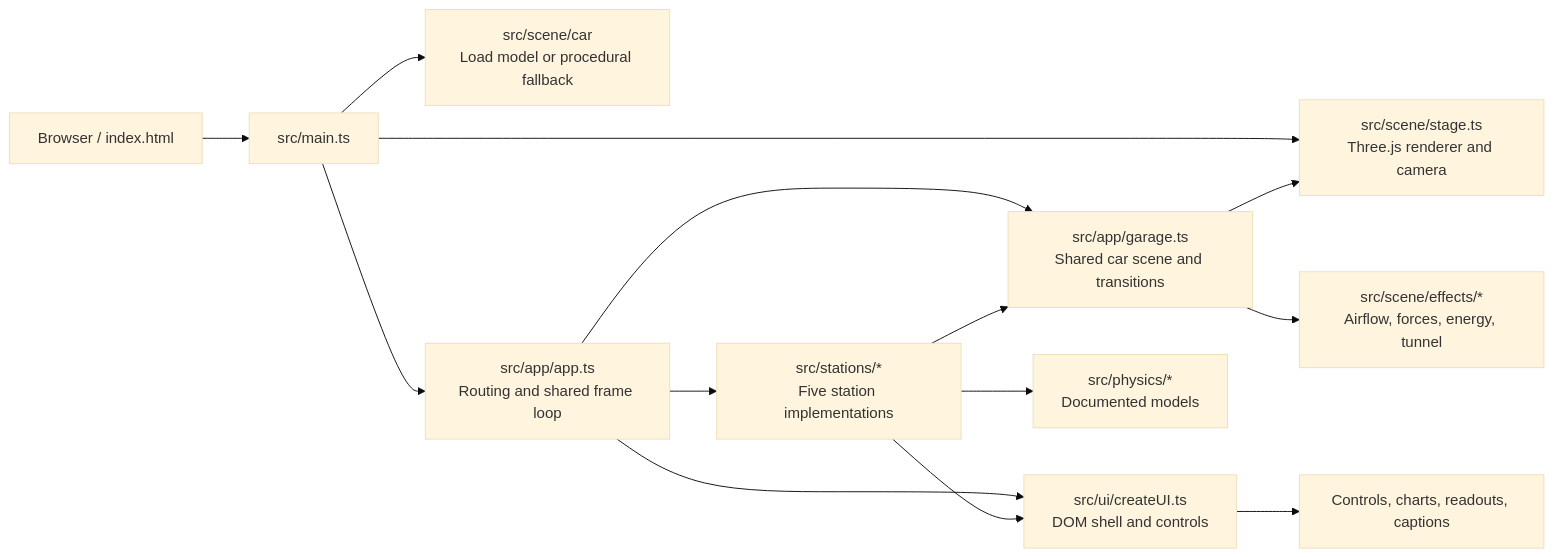
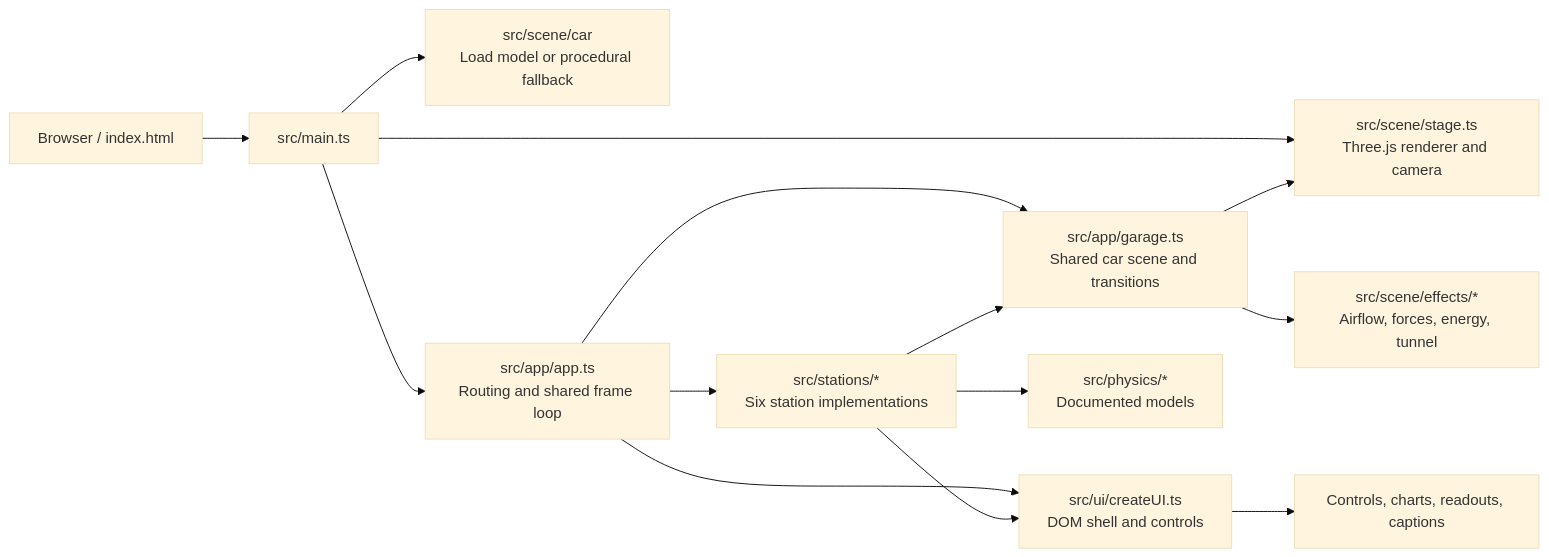
One commit to MaxRecursion/ActiveAero_F1 changed the first of 2 diagrams in README.md. Above: the diagram before and after it, drawn with Mermaid (base theme). The commit also changed other lines of this file and 14 other files, not shown here.

````diff
--- a/README.md
+++ b/README.md
@@ -38,16 +39,16 @@
 ```mermaid
 flowchart LR
   Browser[Browser / index.html] --> Main[src/main.ts]
   Main --> Stage[src/scene/stage.ts<br/>Three.js renderer and camera]
   Main --> Car[src/scene/car<br/>Load model or procedural fallback]
   Main --> App[src/app/app.ts<br/>Routing and shared frame loop]
   App --> Garage[src/app/garage.ts<br/>Shared car scene and transitions]
-  App --> Stations[src/stations/*<br/>Five station implementations]
+  App --> Stations[src/stations/*<br/>Six station implementations]
   App --> UI[src/ui/createUI.ts<br/>DOM shell and controls]
   Stations --> Physics[src/physics/*<br/>Documented models]
   Stations --> Garage
   Stations --> UI
   Garage --> Scene[src/scene/effects/*<br/>Airflow, forces, energy, tunnel]
   Garage --> Stage
   UI --> User[Controls, charts, readouts, captions]
 ```
````
